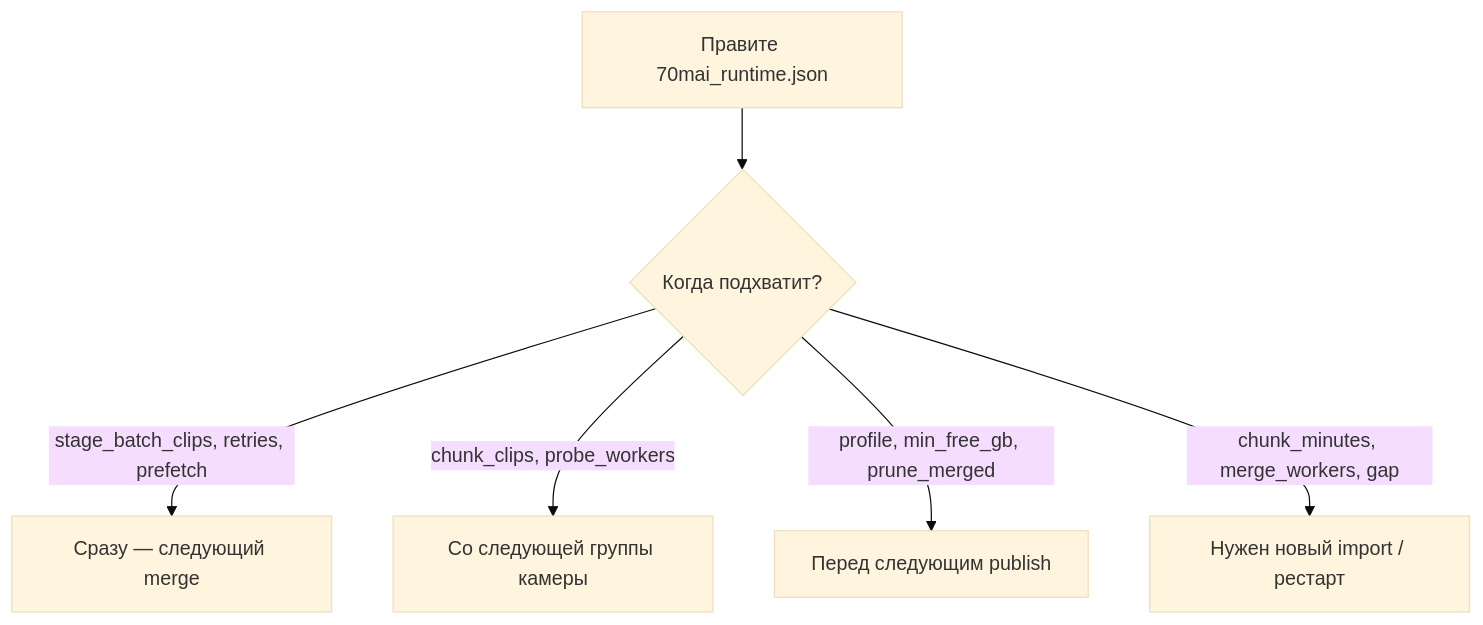
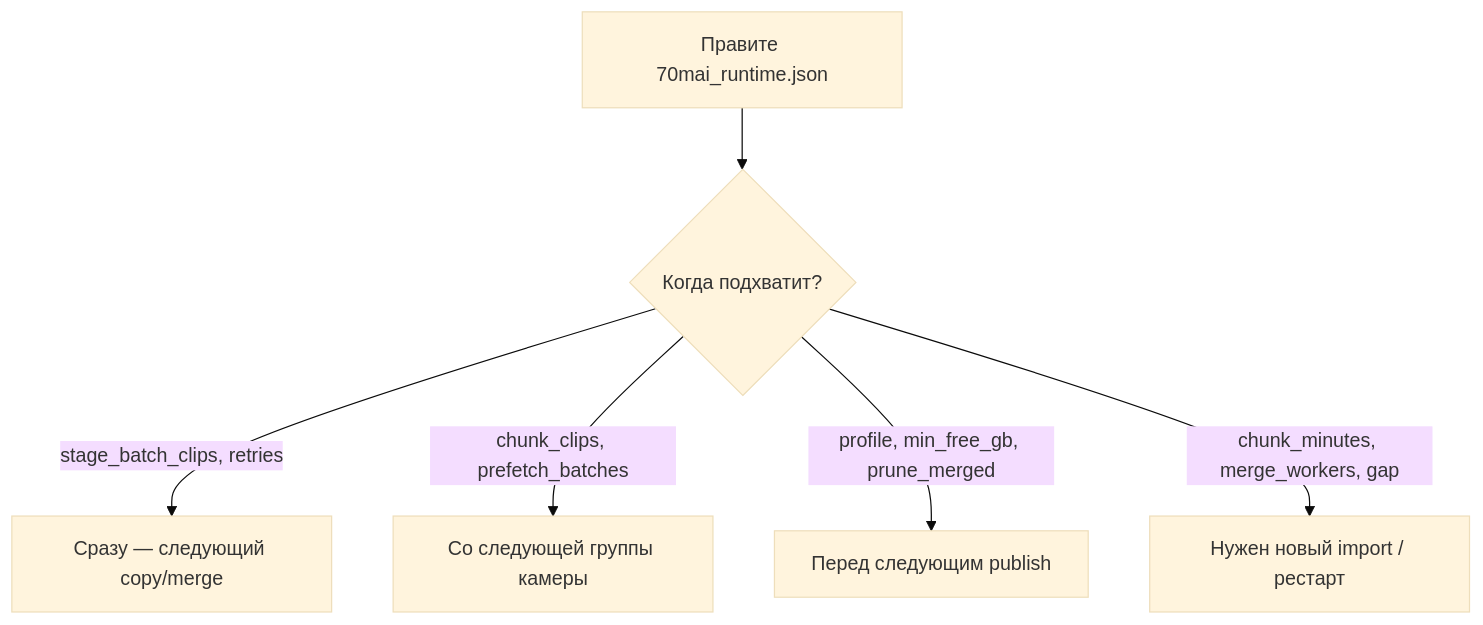
One commit to cuthbertnogood/70mai-project changed the third of 3 diagrams in README.md. Above: the diagram before and after it, drawn with Mermaid (base theme). The commit also changed other lines of this file and 2 other files, not shown here.

````diff
--- a/README.md
+++ b/README.md
@@ -86,8 +91,8 @@
 ```mermaid
 flowchart TB
   CFG["Правите 70mai_runtime.json"] --> Q{Когда подхватит?}
-  Q -->|stage_batch_clips, retries, prefetch| M["Сразу — следующий merge"]
-  Q -->|chunk_clips, probe_workers| G["Со следующей группы камеры"]
+  Q -->|stage_batch_clips, retries| M["Сразу — следующий copy/merge"]
+  Q -->|chunk_clips, prefetch_batches| G["Со следующей группы камеры"]
   Q -->|profile, min_free_gb, prune_merged| P["Перед следующим publish"]
   Q -->|chunk_minutes, merge_workers, gap| R["Нужен новый import / рестарт"]
 ```
````
